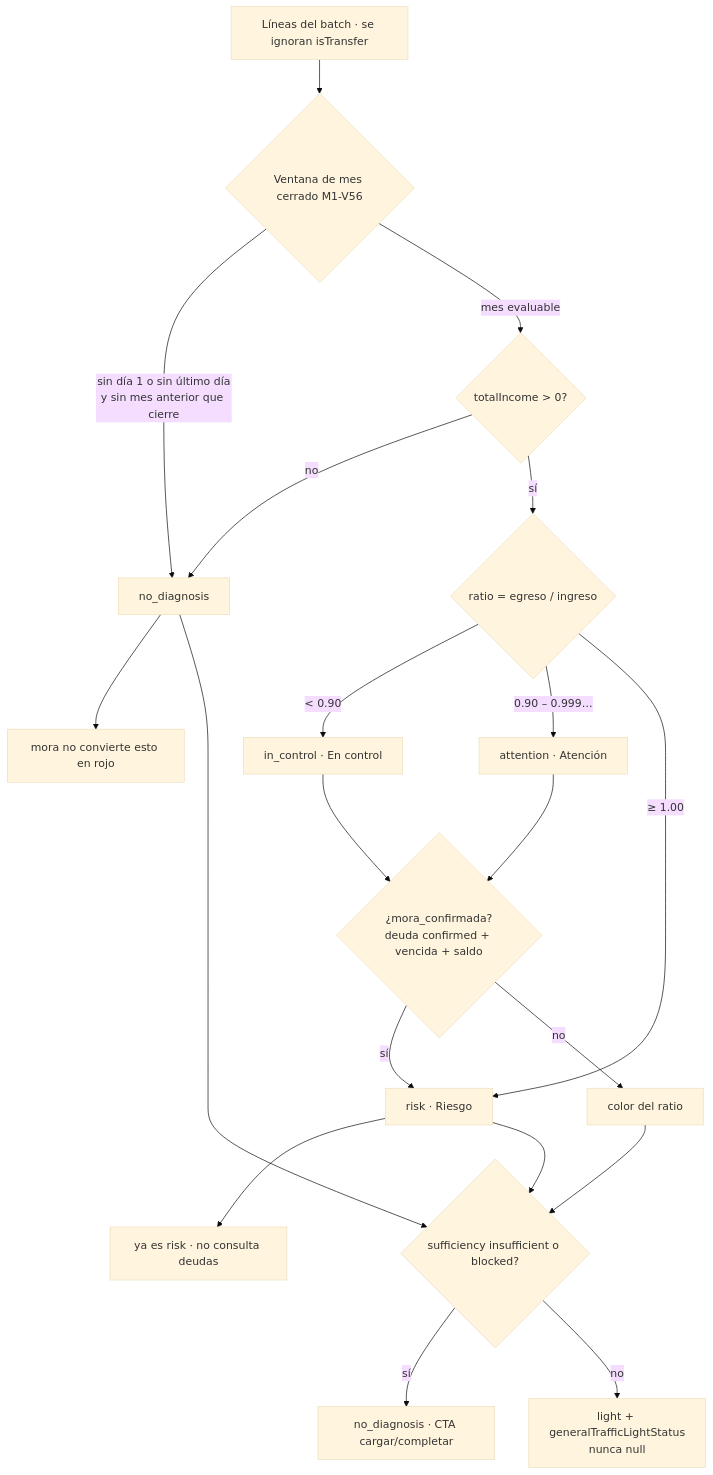
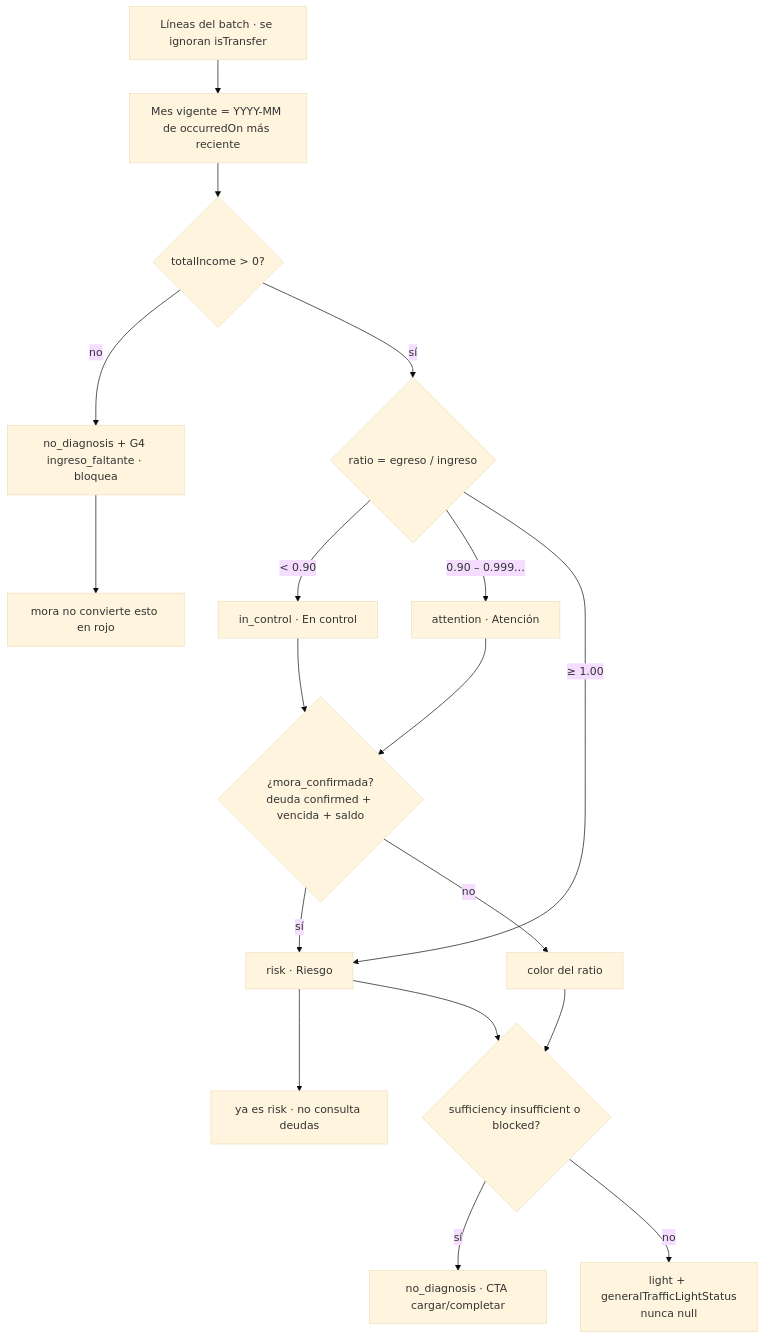
Before and after one commit to miguelherize-creator/walvy-workspace: the fifth of 5 diagrams in context/specs/wiki/onboarding/requerimiento_por_puerta/flujo-documento-kread-g5.md, drawn with Mermaid (base theme). The commit also changed other lines of this file and 3 other files, not shown here.

````diff
--- a/context/specs/wiki/onboarding/requerimiento_por_puerta/flujo-documento-kread-g5.md
+++ b/context/specs/wiki/onboarding/requerimiento_por_puerta/flujo-documento-kread-g5.md
@@ -158,24 +158,22 @@
 ```mermaid
 flowchart TD
-  L["Líneas del batch · se ignoran isTransfer"] --> WIN{"Ventana de mes cerrado M1-V56"}
-  WIN -- "sin día 1 o sin último día<br/>y sin mes anterior que cierre" --> ND1["no_diagnosis"]
-  WIN -- mes evaluable --> INC2{"totalIncome > 0?"}
-  INC2 -- no --> ND1
+  L["Líneas del batch · se ignoran isTransfer"] --> WIN["Mes vigente = YYYY-MM de occurredOn más reciente"]
+  WIN --> INC2{"totalIncome > 0?"}
+  INC2 -- no --> ND1["no_diagnosis + G4 ingreso_faltante · bloquea"]
   INC2 -- sí --> R{"ratio = egreso / ingreso"}
   R -- "< 0.90" --> G["in_control · En control"]
   R -- "0.90 – 0.999…" --> Y["attention · Atención"]
   R -- "≥ 1.00" --> RD["risk · Riesgo"]
 
   G --> MORA{"¿mora_confirmada?<br/>deuda confirmed + vencida + saldo"}
   Y --> MORA
   RD --> SKIP["ya es risk · no consulta deudas"]
   ND1 --> NOMORA["mora no convierte esto en rojo"]
   MORA -- sí --> RD
   MORA -- no --> COL["color del ratio"]
 
   COL --> G4{"sufficiency insufficient o blocked?"}
   RD --> G4
-  ND1 --> G4
   G4 -- sí --> ND2["no_diagnosis · CTA cargar/completar"]
   G4 -- no --> OUT["light + generalTrafficLightStatus<br/>nunca null"]
 ```
````
